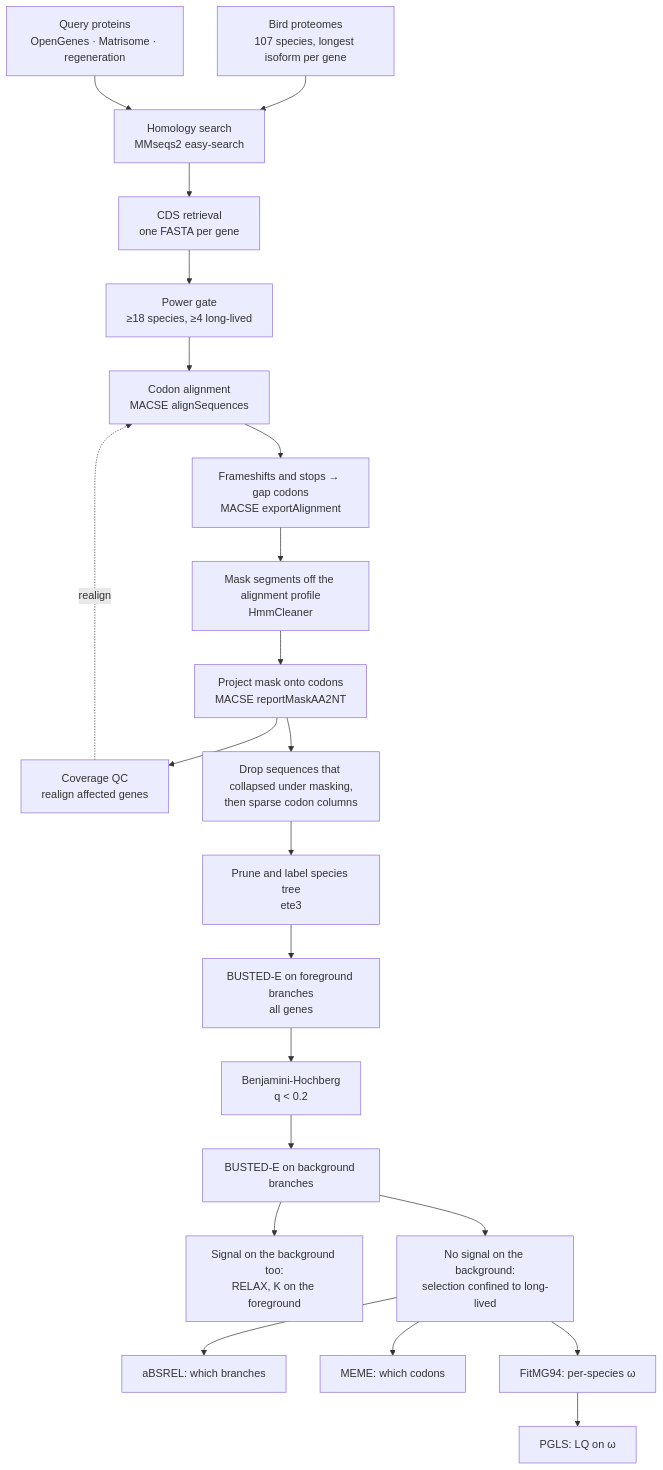
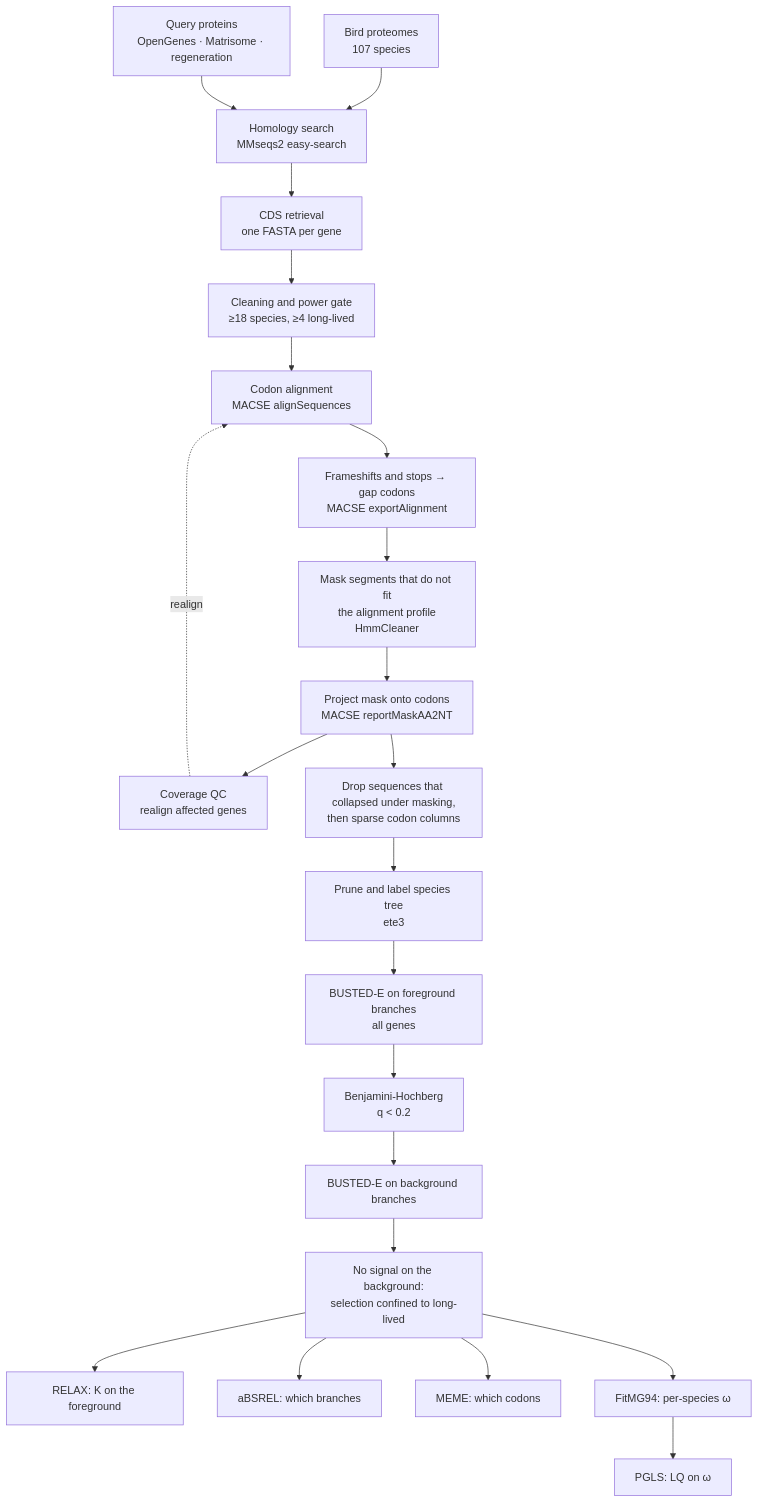
The diagram in README.md (kuzinatrology/all_that_bird_funk), drawn with Mermaid before and after one commit. The commit also changed other lines of this file, not shown here.

````diff
--- a/README.md
+++ b/README.md
@@ -22,24 +25,24 @@
 ```mermaid
 flowchart TD
-    A["Bird proteomes<br/>107 species, longest isoform per gene"] --> B["Homology search<br/>MMseqs2 easy-search"]
+    A["Bird proteomes<br/>107 species"] --> B["Homology search<br/>MMseqs2 easy-search"]
     Q["Query proteins<br/>OpenGenes · Matrisome · regeneration"] --> B
     B --> C["CDS retrieval<br/>one FASTA per gene"]
-    C --> D["Power gate<br/>≥18 species, ≥4 long-lived"]
+    C --> D["Cleaning and power gate<br/>≥18 species, ≥4 long-lived"]
     D --> E["Codon alignment<br/>MACSE alignSequences"]
     E --> F["Frameshifts and stops → gap codons<br/>MACSE exportAlignment"]
-    F --> G["Mask segments off the alignment profile<br/>HmmCleaner"]
+    F --> G["Mask segments that do not fit<br/>the alignment profile<br/>HmmCleaner"]
     G --> H["Project mask onto codons<br/>MACSE reportMaskAA2NT"]
     H --> I["Coverage QC<br/>realign affected genes"]
     I -.->|realign| E
     H --> J["Drop sequences that collapsed under masking,<br/>then sparse codon columns"]
     J --> K["Prune and label species tree<br/>ete3"]
     K --> L["BUSTED-E on foreground branches<br/>all genes"]
     L --> N["Benjamini-Hochberg<br/>q &lt; 0.2"]
     N --> O["BUSTED-E on background branches"]
-    O --> R["Signal on the background too:<br/>RELAX, K on the foreground"]
     O --> P["No signal on the background:<br/>selection confined to long-lived"]
+    P --> R["RELAX: K on the foreground"]
     P --> S["aBSREL: which branches"]
     P --> T["MEME: which codons"]
     P --> U["FitMG94: per-species ω"]
     U --> M["PGLS: LQ on ω"]
 ```
````
